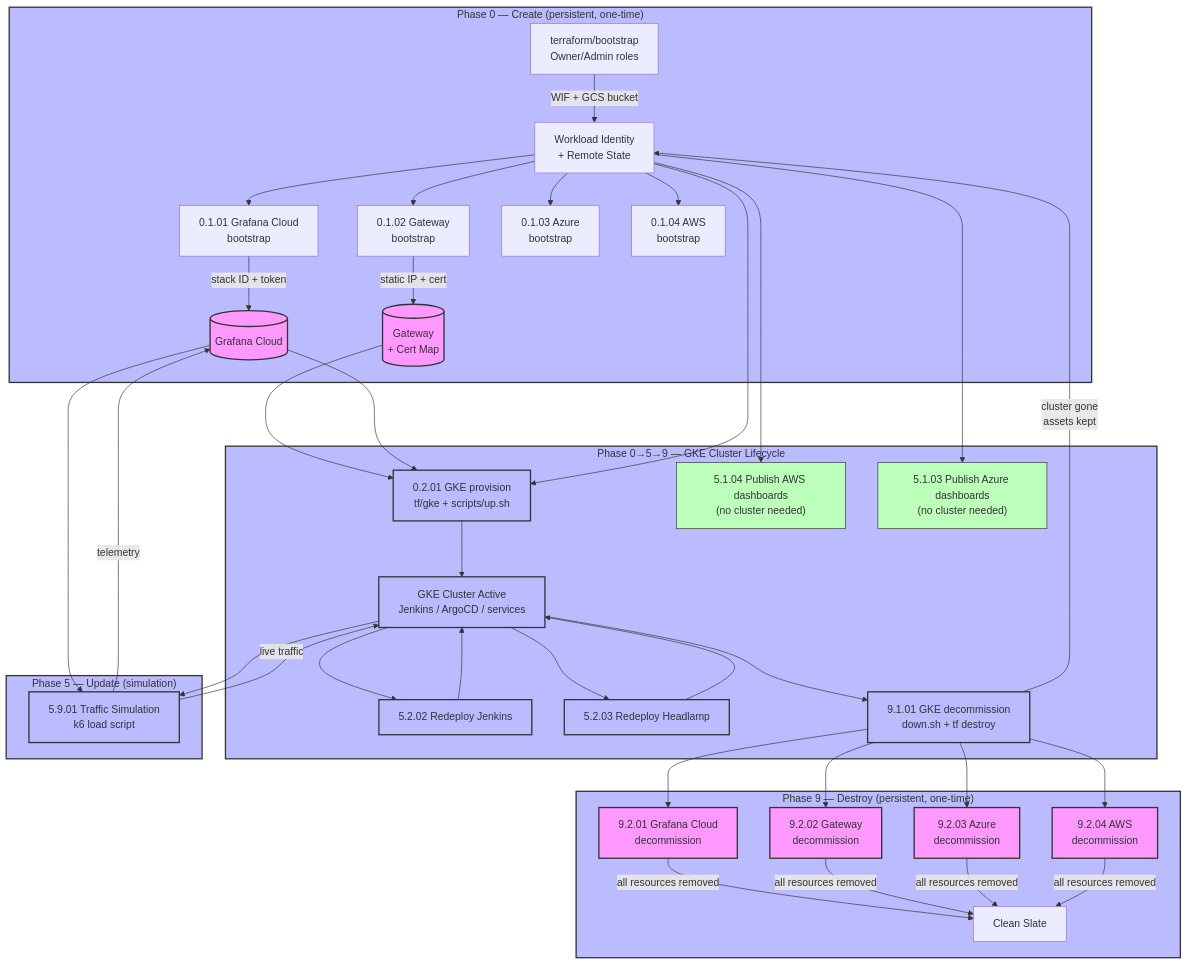
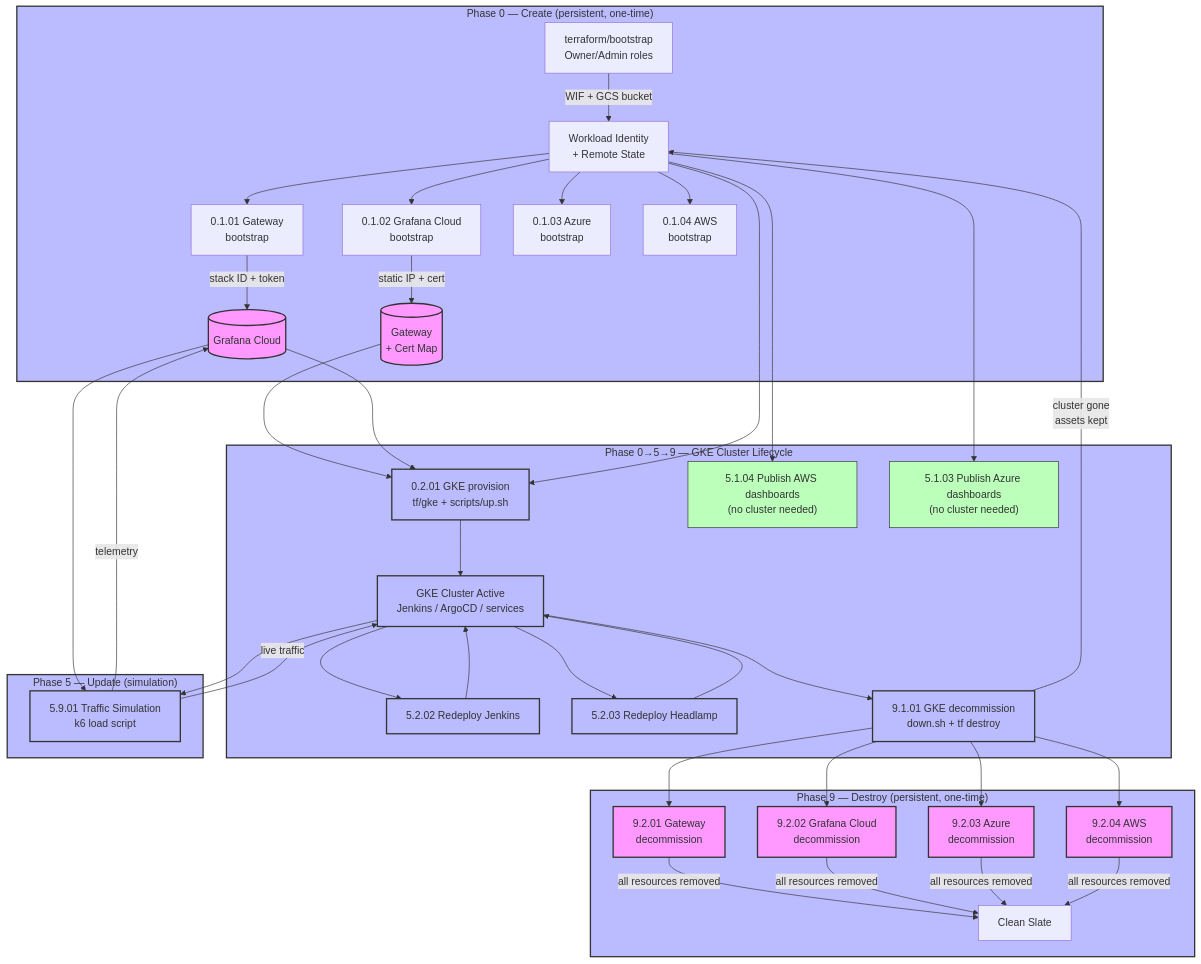
The diagram in docs/102-GITHUB_ACTIONS_AUTOMATION.md (nubenetes/jenkins-2026), drawn with Mermaid before and after one commit. The commit also changed other lines of this file and 11 other files, not shown here.

````diff
--- a/docs/102-GITHUB_ACTIONS_AUTOMATION.md
+++ b/docs/102-GITHUB_ACTIONS_AUTOMATION.md
@@ -43,45 +43,45 @@
 ```mermaid
 graph TD
     subgraph Bootstrapping ["Phase 0 — Create (persistent, one-time)"]
         A["terraform/bootstrap<br>Owner/Admin roles"] -->|"WIF + GCS bucket"| B["Workload Identity<br>+ Remote State"]
-        B --> C["0.1.01 Grafana Cloud<br>bootstrap"]
-        B --> D["0.1.02 Gateway<br>bootstrap"]
+        B --> C["0.1.01 Gateway<br>bootstrap"]
+        B --> D["0.1.02 Grafana Cloud<br>bootstrap"]
         B --> C2["0.1.03 Azure<br>bootstrap"]
         B --> C3["0.1.04 AWS<br>bootstrap"]
         C -->|"stack ID + token"| E[("Grafana Cloud")]
         D -->|"static IP + cert"| F[("Gateway<br>+ Cert Map")]
     end
 
     subgraph GKE_Lifecycle ["Phase 0→5→9 — GKE Cluster Lifecycle"]
         F & E & B --> G["0.2.01 GKE provision<br>tf/gke + scripts/up.sh"]
         G --> H["GKE Cluster Active<br>Jenkins / ArgoCD / services"]
         H --> I["5.2.02 Redeploy Jenkins"]
         H --> J["5.2.03 Redeploy Headlamp"]
         B --> L2["5.1.04 Publish AWS dashboards<br>(no cluster needed)"]
         B --> M2["5.1.03 Publish Azure dashboards<br>(no cluster needed)"]
         I & J --> H
         H --> K["9.1.01 GKE decommission<br>down.sh + tf destroy"]
         K -->|"cluster gone<br>assets kept"| B
     end
 
     subgraph Simulation ["Phase 5 — Update (simulation)"]
         H & E --> O["5.9.01 Traffic Simulation<br>k6 load script"]
         O -->|"live traffic"| H
         O -->|"telemetry"| E
     end
 
     subgraph Persistent_Teardown ["Phase 9 — Destroy (persistent, one-time)"]
-        K --> P1["9.2.01 Grafana Cloud<br>decommission"]
-        K --> P2["9.2.02 Gateway<br>decommission"]
+        K --> P1["9.2.01 Gateway<br>decommission"]
+        K --> P2["9.2.02 Grafana Cloud<br>decommission"]
         K --> P3["9.2.03 Azure<br>decommission"]
         K --> P4["9.2.04 AWS<br>decommission"]
         P1 & P2 & P3 & P4 -->|"all resources removed"| N["Clean Slate"]
     end
 
     classDef persistent fill:#f9f,stroke:#333,stroke-width:2px;
     classDef cluster fill:#bbf,stroke:#333,stroke-width:2px;
     classDef update fill:#bfb,stroke:#333,stroke-width:1px;
     class E,F,P1,P2,P3,P4 persistent;
     class G,H,I,J,K,O cluster;
     class L2,M2 update;
 ```
````
